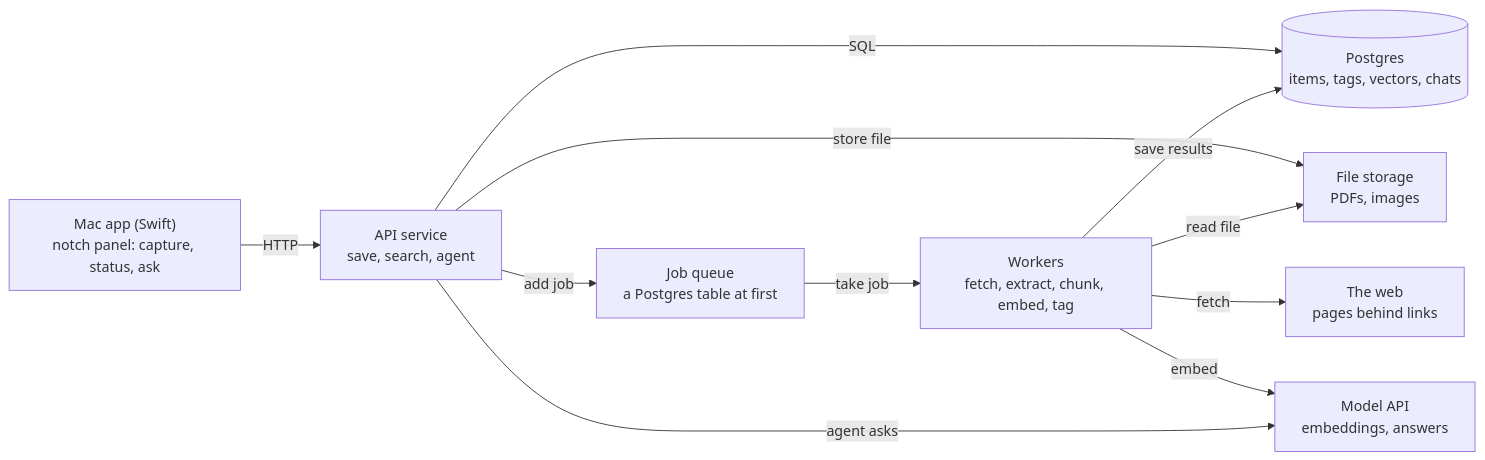
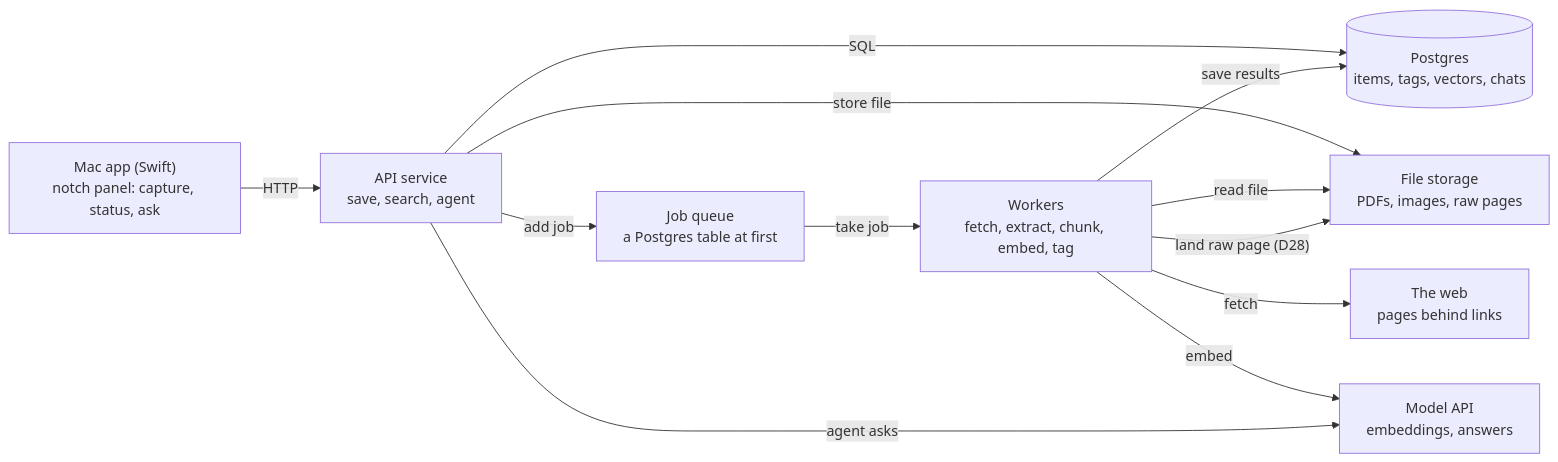
One commit to sxnfer/mind-dump changed the diagram in docs/plan/architecture.md. Above: the diagram before and after it, drawn with Mermaid. The commit also changed 7 other files, not shown here.

````diff
--- a/docs/plan/architecture.md
+++ b/docs/plan/architecture.md
@@ -7,13 +7,14 @@
 ```mermaid
 flowchart LR
     App["Mac app (Swift)<br/>notch panel: capture, status, ask"] -- HTTP --> API["API service<br/>save, search, agent"]
     API -- SQL --> DB[("Postgres<br/>items, tags, vectors, chats")]
     API -- "add job" --> Q["Job queue<br/>a Postgres table at first"]
-    API -- "store file" --> FS["File storage<br/>PDFs, images"]
+    API -- "store file" --> FS["File storage<br/>PDFs, images, raw pages"]
     Q -- "take job" --> W["Workers<br/>fetch, extract, chunk, embed, tag"]
     W -- "save results" --> DB
     W -- "read file" --> FS
     W -- fetch --> WEB["The web<br/>pages behind links"]
+    W -- "land raw page (D28)" --> FS
     W -- embed --> M["Model API<br/>embeddings, answers"]
     API -- "agent asks" --> M
 ```
````
